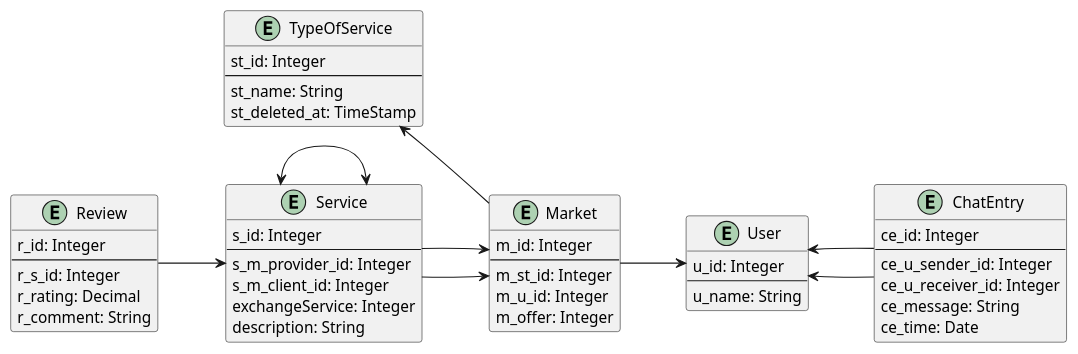
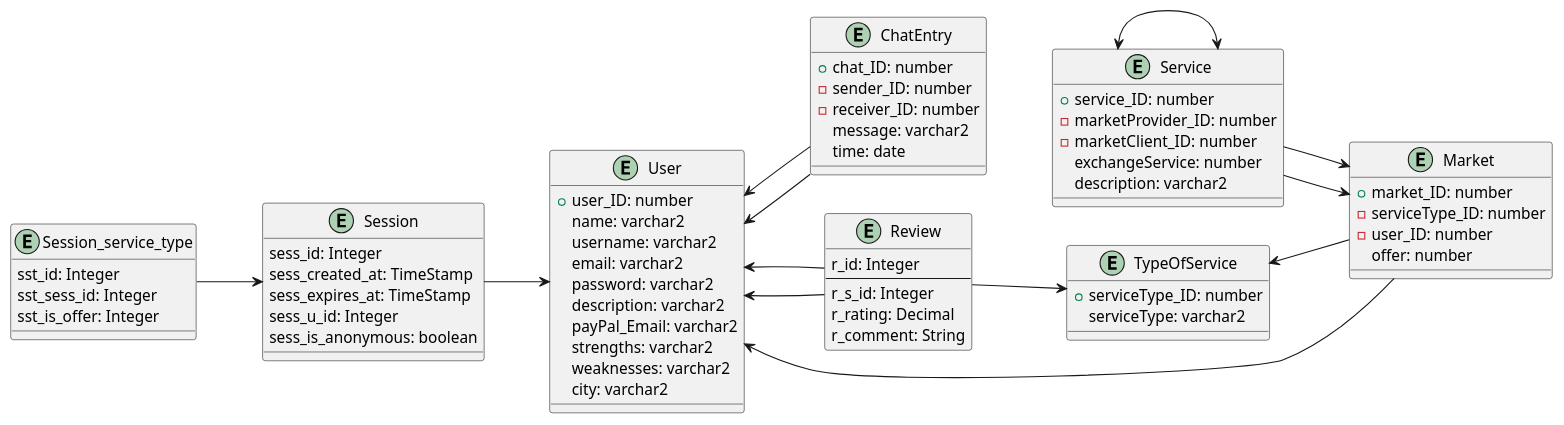
The third of 3 diagrams in documenation/Project_Description.adoc (2425-4chif-syp/01-projekte-d4d), drawn with PlantUML before and after one commit. The commit also changed other lines of this file and 1 other file, not shown here.

Commit message:
docs: adding new erd

```diff
--- a/documenation/Project_Description.adoc
+++ b/documenation/Project_Description.adoc
@@ -120,62 +131,82 @@
 ["plantuml"]
 ----
 @startuml
 left to right direction
 
 entity "User" as User {
-u_id: Integer
---
-u_name: String
++user_ID: number
+name: varchar2
+username: varchar2
+email: varchar2
+password: varchar2
+description: varchar2
+payPal_Email: varchar2
+strengths: varchar2
+weaknesses: varchar2
+city: varchar2
 }
 
 entity "TypeOfService" as TypeOfService {
-st_id: Integer
---
-st_name: String
-st_deleted_at: TimeStamp
++serviceType_ID: number
+serviceType: varchar2
 }
 
 entity "Service" as Service {
-s_id: Integer
---
-s_m_provider_id: Integer
-s_m_client_id: Integer
-exchangeService: Integer
-description: String
++service_ID: number
+-marketProvider_ID: number
+-marketClient_ID: number
+exchangeService: number
+description: varchar2
 }
 
 entity "Market" as Market {
-m_id: Integer
---
-m_st_id: Integer
-m_u_id: Integer
-m_offer: Integer
++market_ID: number
+-serviceType_ID: number
+-user_ID: number
+offer: number
 }
 
 entity "ChatEntry" as ChatEntry {
-ce_id: Integer
---
-ce_u_sender_id: Integer
-ce_u_receiver_id: Integer
-ce_message: String
-ce_time: Date
++chat_ID: number
+-sender_ID: number
+-receiver_ID: number
+message: varchar2
+time: date
 }
 
 entity "Review" as Review {
 r_id: Integer
 --
 r_s_id: Integer
 r_rating: Decimal
 r_comment: String
 }
 
+entity "Session_service_type" as Session_service_type {
+sst_id: Integer
+sst_sess_id: Integer
+sst_is_offer: Integer
+}
+
+entity "Session" as Session {
+sess_id: Integer
+sess_created_at: TimeStamp
+sess_expires_at: TimeStamp
+sess_u_id: Integer
+sess_is_anonymous: boolean
+}
+
 User <-- ChatEntry
-Review --> Service
+User <-- Review
+User <-- Review
+Review --> TypeOfService
 ChatEntry --> User
 TypeOfService <-- Market
 Service --> Market
 Service --> Market
 Service <--> Service
 Market --> User
+Session_service_type --> Session
+Session --> User
 @enduml
 ----
```
